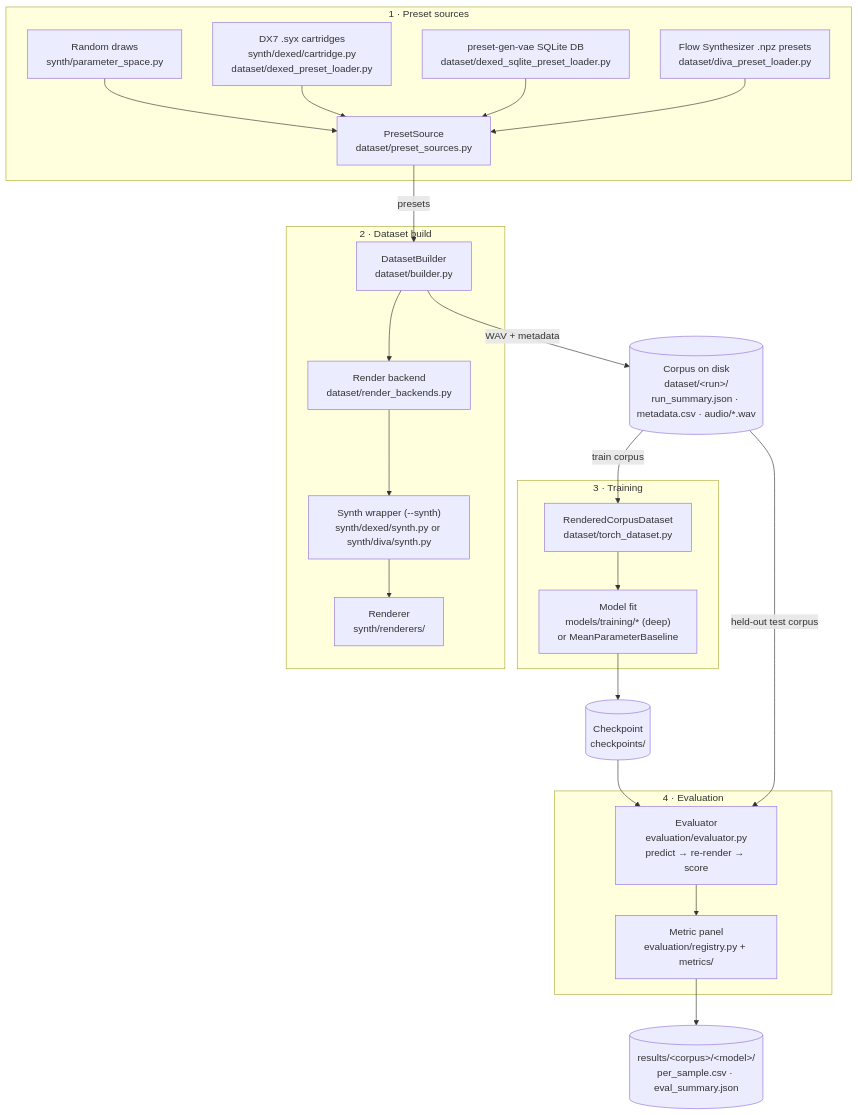
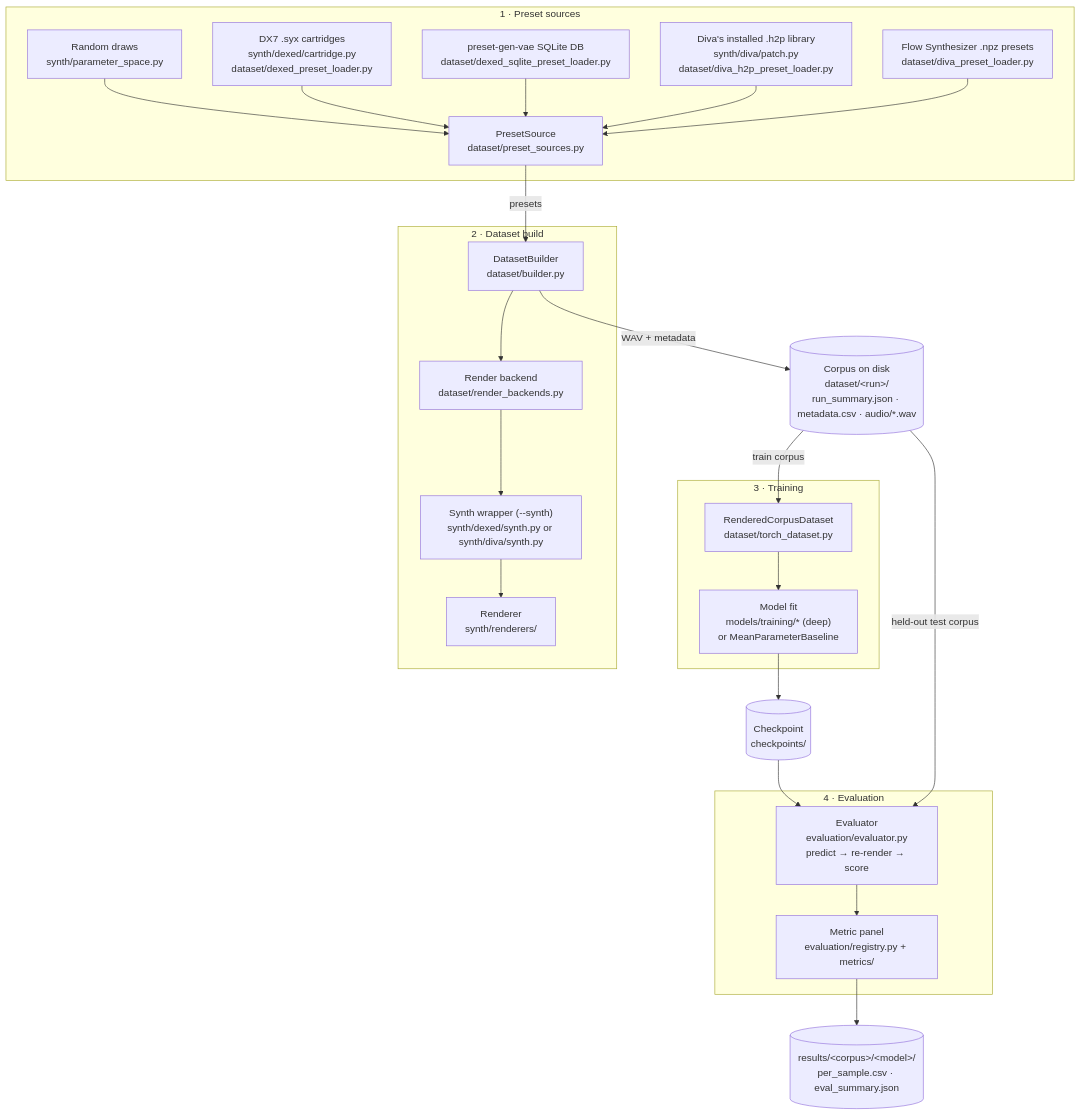
The diagram in docs/ARCHITECTURE.md (brunogawecki/Sound-Matching-Evaluation-Framework), drawn with Mermaid before and after one commit. The commit also changed other lines of this file and 10 other files, not shown here.

````diff
--- a/docs/ARCHITECTURE.md
+++ b/docs/ARCHITECTURE.md
@@ -14,48 +14,50 @@
 ```mermaid
 flowchart TD
     subgraph SOURCES["1 · Preset sources"]
         RAND["Random draws<br>synth/parameter_space.py"]
         SYX["DX7 .syx cartridges<br>synth/dexed/cartridge.py<br>dataset/dexed_preset_loader.py"]
         SQL["preset-gen-vae SQLite DB<br>dataset/dexed_sqlite_preset_loader.py"]
+        DIVAH2P["Diva's installed .h2p library<br>synth/diva/patch.py<br>dataset/diva_h2p_preset_loader.py"]
         DIVANPZ["Flow Synthesizer .npz presets<br>dataset/diva_preset_loader.py"]
         SRC["PresetSource<br>dataset/preset_sources.py"]
         RAND --> SRC
         SYX --> SRC
         SQL --> SRC
+        DIVAH2P --> SRC
         DIVANPZ --> SRC
     end
 
     subgraph BUILD["2 · Dataset build"]
         BUILDER["DatasetBuilder<br>dataset/builder.py"]
         BACKEND["Render backend<br>dataset/render_backends.py"]
         WRAPPER["Synth wrapper (--synth)<br>synth/dexed/synth.py or synth/diva/synth.py"]
         ENGINE["Renderer<br>synth/renderers/"]
         BUILDER --> BACKEND --> WRAPPER --> ENGINE
     end
 
     SRC -- "presets" --> BUILDER
 
     CORPUS[("Corpus on disk<br>dataset/&lt;run&gt;/<br>run_summary.json · metadata.csv · audio/*.wav")]
     BUILDER -- "WAV + metadata" --> CORPUS
 
     subgraph TRAIN["3 · Training"]
         DS["RenderedCorpusDataset<br>dataset/torch_dataset.py"]
         FIT["Model fit<br>models/training/* (deep)<br>or MeanParameterBaseline"]
         DS --> FIT
     end
 
     CORPUS -- "train corpus" --> DS
     CKPT[("Checkpoint<br>checkpoints/")]
     FIT --> CKPT
 
     subgraph EVAL["4 · Evaluation"]
         EVALUATOR["Evaluator<br>evaluation/evaluator.py<br>predict → re-render → score"]
         PANEL["Metric panel<br>evaluation/registry.py + metrics/"]
         EVALUATOR --> PANEL
     end
 
     CKPT --> EVALUATOR
     CORPUS -- "held-out test corpus" --> EVALUATOR
     RESULTS[("results/&lt;corpus&gt;/&lt;model&gt;/<br>per_sample.csv · eval_summary.json")]
     PANEL --> RESULTS
 ```
````
